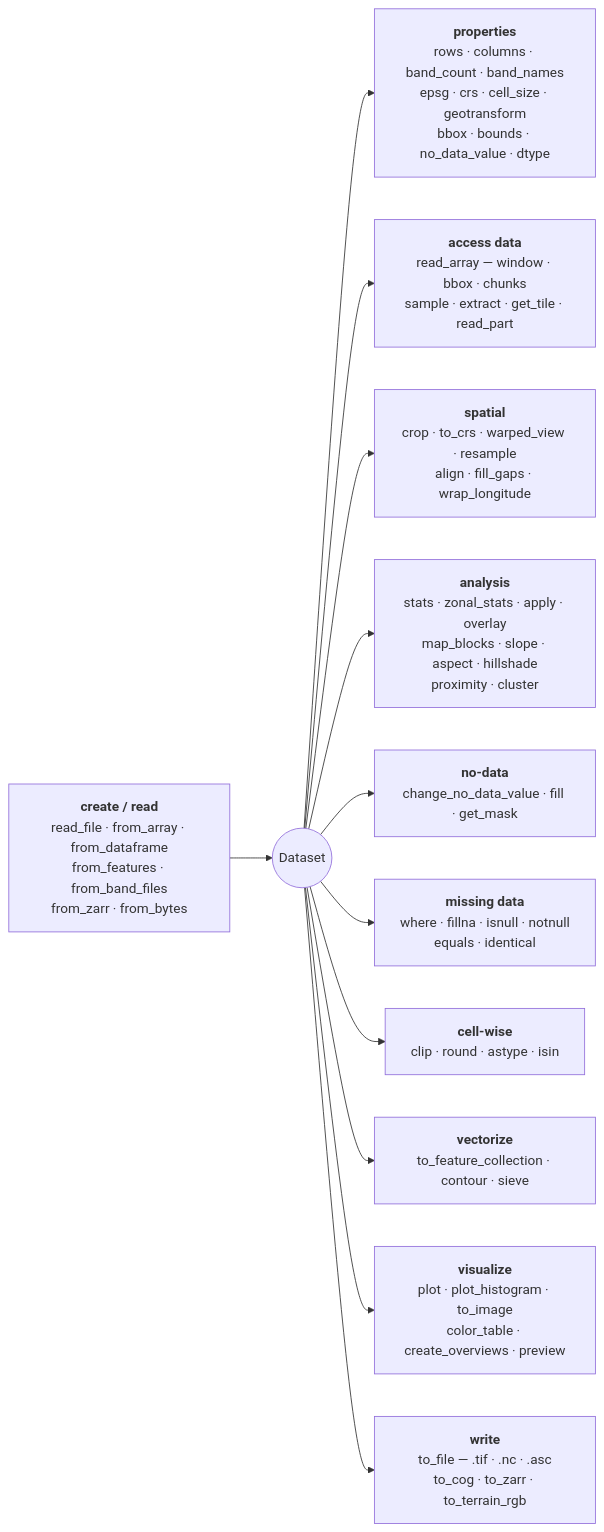
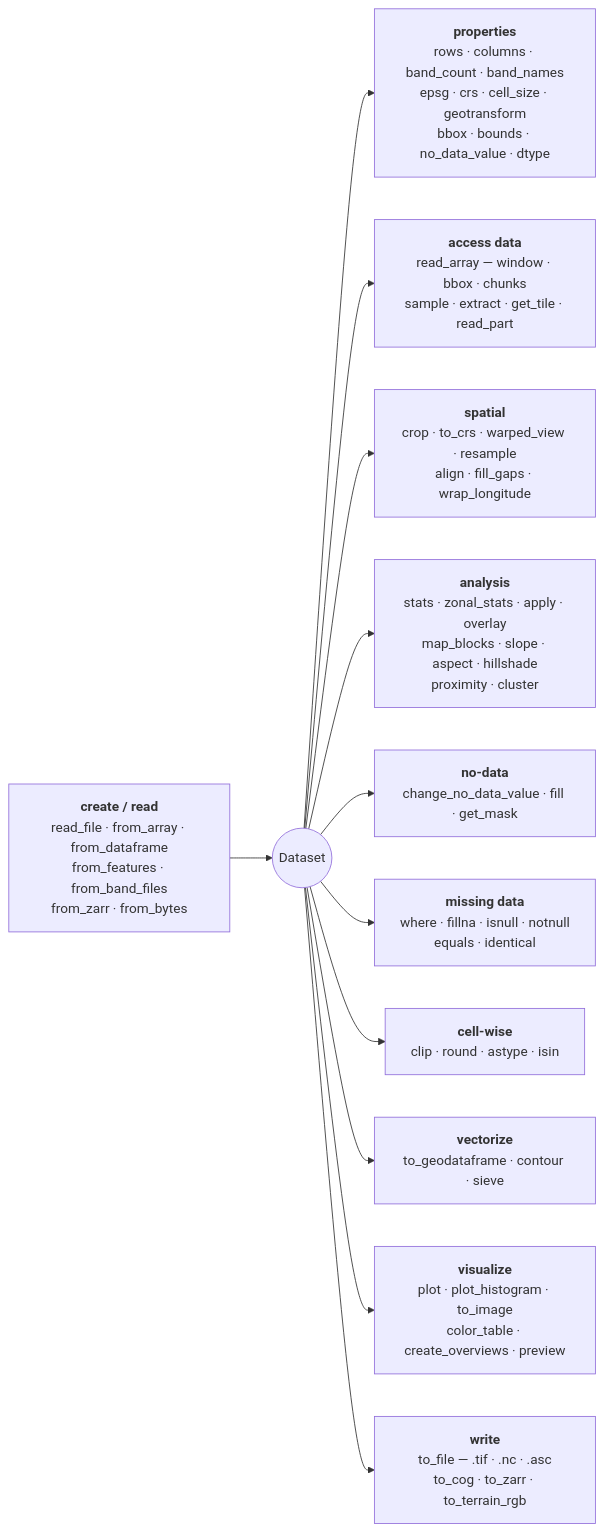
The first of 4 diagrams in docs/reference/dataset/index.md (serapeum-org/pyramids), drawn with Mermaid before and after one commit. The commit also changed other lines of this file and 28 other files, not shown here.

````diff
--- a/docs/reference/dataset/index.md
+++ b/docs/reference/dataset/index.md
@@ -5,15 +5,15 @@
 ```mermaid
 flowchart LR
     CR["<b>create / read</b><br/>read_file · from_array · from_dataframe<br/>from_features · from_band_files<br/>from_zarr · from_bytes"] --> DS(("Dataset"))
 
     DS --> PR["<b>properties</b><br/>rows · columns · band_count · band_names<br/>epsg · crs · cell_size · geotransform<br/>bbox · bounds · no_data_value · dtype"]
     DS --> AC["<b>access data</b><br/>read_array — window · bbox · chunks<br/>sample · extract · get_tile · read_part"]
     DS --> SP["<b>spatial</b><br/>crop · to_crs · warped_view · resample<br/>align · fill_gaps · wrap_longitude"]
     DS --> AN["<b>analysis</b><br/>stats · zonal_stats · apply · overlay<br/>map_blocks · slope · aspect · hillshade<br/>proximity · cluster"]
     DS --> ND["<b>no-data</b><br/>change_no_data_value · fill · get_mask"]
     DS --> MD["<b>missing data</b><br/>where · fillna · isnull · notnull<br/>equals · identical"]
     DS --> CW["<b>cell-wise</b><br/>clip · round · astype · isin"]
-    DS --> VE["<b>vectorize</b><br/>to_feature_collection · contour · sieve"]
+    DS --> VE["<b>vectorize</b><br/>to_geodataframe · contour · sieve"]
     DS --> VI["<b>visualize</b><br/>plot · plot_histogram · to_image<br/>color_table · create_overviews · preview"]
     DS --> WR["<b>write</b><br/>to_file — .tif · .nc · .asc<br/>to_cog · to_zarr · to_terrain_rgb"]
 ```
````
